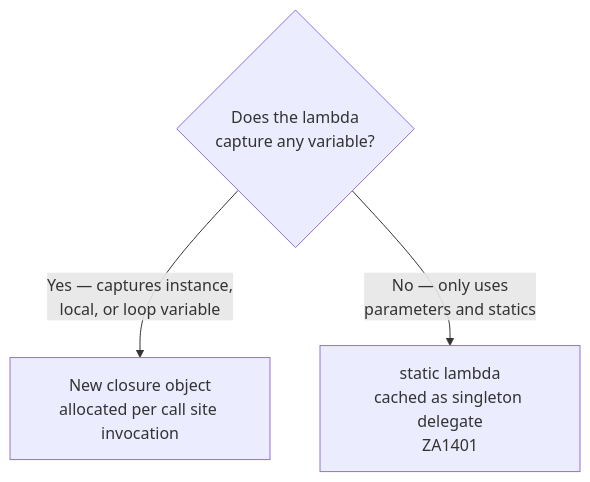
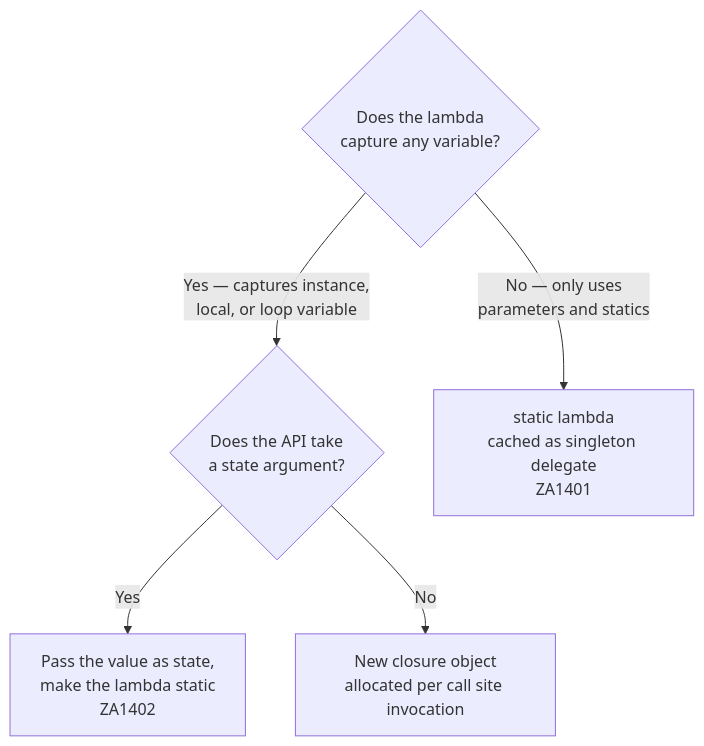
The diagram in docs/rules/delegates.md (ZeroAlloc-Net/ZeroAlloc.Analyzers), drawn with Mermaid before and after one commit. The commit also changed other lines of this file and 13 other files, not shown here.

````diff
--- a/docs/rules/delegates.md
+++ b/docs/rules/delegates.md
@@ -13,6 +13,8 @@
 ```mermaid
 flowchart TD
     L{Does the lambda\ncapture any variable?}
-    L -->|Yes — captures instance,\nlocal, or loop variable| Closure["New closure object\nallocated per call site invocation"]
+    L -->|Yes — captures instance,\nlocal, or loop variable| Q{Does the API take\na state argument?}
+    Q -->|Yes| State["Pass the value as state,\nmake the lambda static\nZA1402"]
+    Q -->|No| Closure["New closure object\nallocated per call site invocation"]
     L -->|No — only uses\nparameters and statics| Static["static lambda\ncached as singleton delegate\nZA1401"]
 ```
````
